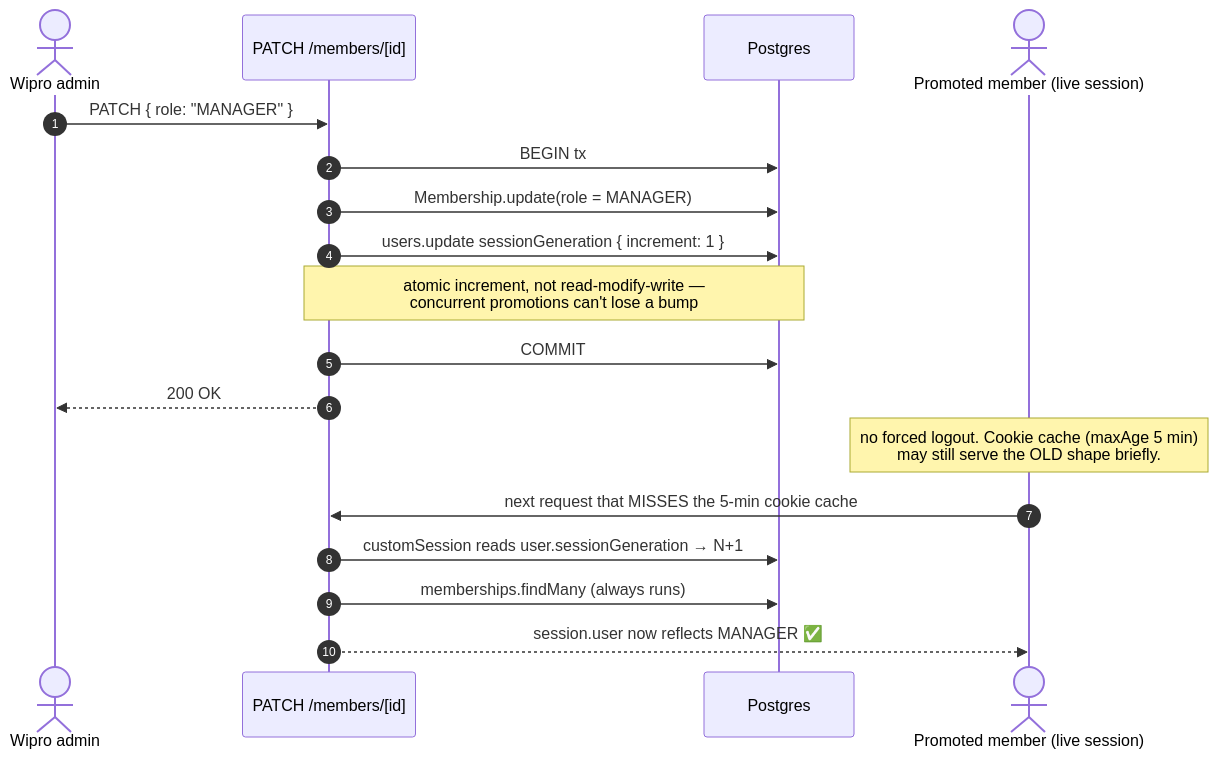
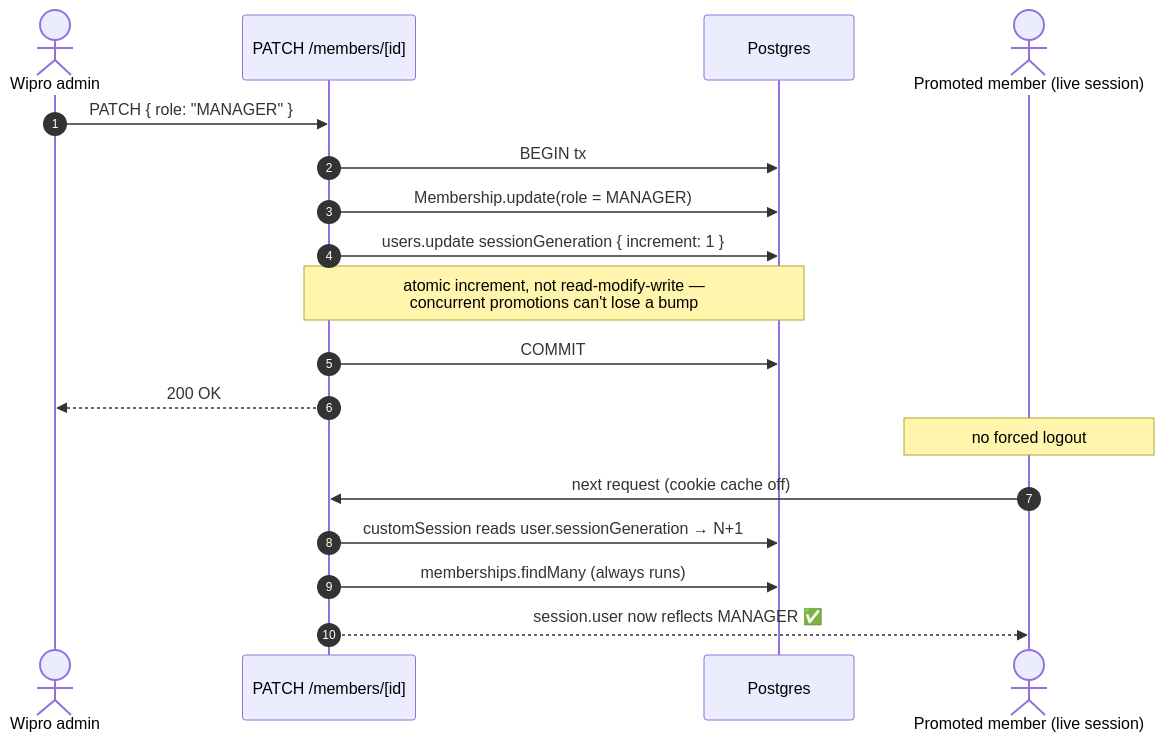
The second of 2 diagrams in docs/enterprise/20-iam-and-security/02-jit-and-session-refresh.md (Practitionist/familiarise_web), drawn with Mermaid before and after one commit. The commit also changed other lines of this file and 11 other files, not shown here.

````diff
--- a/docs/enterprise/20-iam-and-security/02-jit-and-session-refresh.md
+++ b/docs/enterprise/20-iam-and-security/02-jit-and-session-refresh.md
@@ -223,20 +215,20 @@
 ```mermaid
 sequenceDiagram
   autonumber
   actor A as Wipro admin
   participant API as PATCH /members/[id]
   participant DB as Postgres
   actor M as Promoted member (live session)
   A->>API: PATCH { role: "MANAGER" }
   API->>DB: BEGIN tx
   API->>DB: Membership.update(role = MANAGER)
   API->>DB: users.update sessionGeneration { increment: 1 }
   Note over API,DB: atomic increment, not read-modify-write —<br/>concurrent promotions can't lose a bump
   API->>DB: COMMIT
   API-->>A: 200 OK
-  Note over M: no forced logout. Cookie cache (maxAge 5 min)<br/>may still serve the OLD shape briefly.
-  M->>API: next request that MISSES the 5-min cookie cache
+  Note over M: no forced logout
+  M->>API: next request (cookie cache off)
   API->>DB: customSession reads user.sessionGeneration → N+1
   API->>DB: memberships.findMany (always runs)
   API-->>M: session.user now reflects MANAGER ✅
 ```
````
